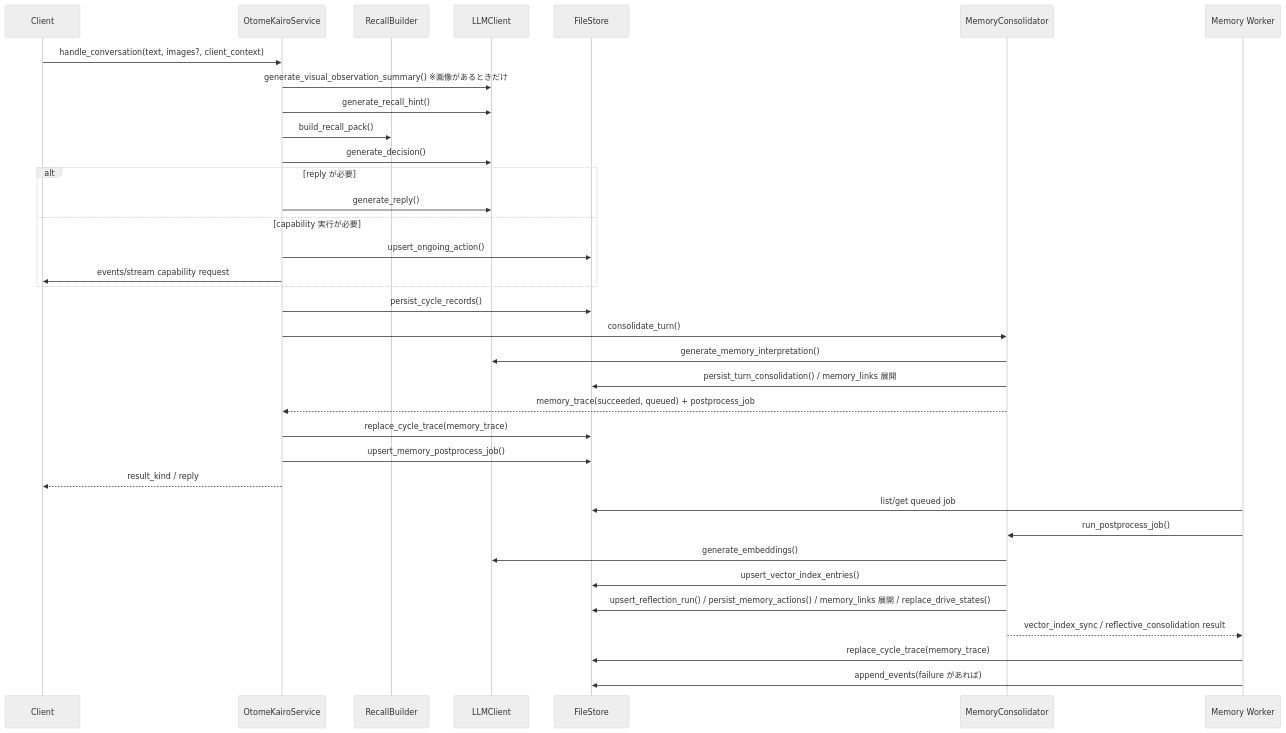
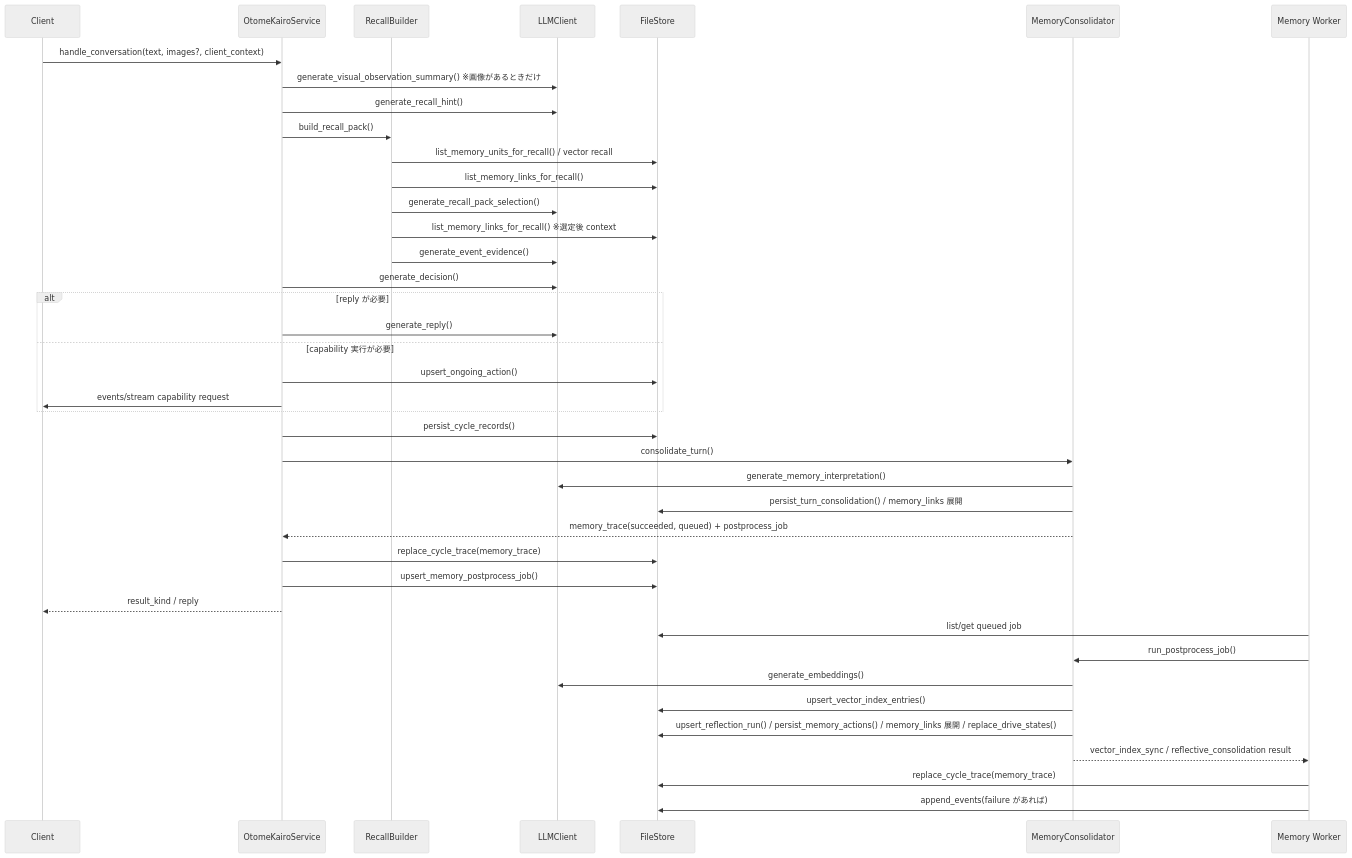
Before and after one commit to hirona98/OtomeKairo: the third of 3 diagrams in docs/plan/02_現行処理フロー.md, drawn with Mermaid (neutral theme). The commit also changed 13 other files, not shown here.

Commit message:
Use memory links in recall context

````diff
--- a/docs/plan/02_現行処理フロー.md
+++ b/docs/plan/02_現行処理フロー.md
@@ -97,39 +97,44 @@
 ```mermaid
 sequenceDiagram
     participant Client as Client
     participant Service as OtomeKairoService
     participant Recall as RecallBuilder
     participant LLM as LLMClient
     participant Store as FileStore
     participant Memory as MemoryConsolidator
     participant Worker as Memory Worker
 
     Client->>Service: handle_conversation(text, images?, client_context)
     Service->>LLM: generate_visual_observation_summary() ※画像があるときだけ
     Service->>LLM: generate_recall_hint()
     Service->>Recall: build_recall_pack()
+    Recall->>Store: list_memory_units_for_recall() / vector recall
+    Recall->>Store: list_memory_links_for_recall()
+    Recall->>LLM: generate_recall_pack_selection()
+    Recall->>Store: list_memory_links_for_recall() ※選定後 context
+    Recall->>LLM: generate_event_evidence()
     Service->>LLM: generate_decision()
     alt reply が必要
         Service->>LLM: generate_reply()
     else capability 実行が必要
         Service->>Store: upsert_ongoing_action()
         Service->>Client: events/stream capability request
     end
     Service->>Store: persist_cycle_records()
     Service->>Memory: consolidate_turn()
     Memory->>LLM: generate_memory_interpretation()
     Memory->>Store: persist_turn_consolidation() / memory_links 展開
     Memory-->>Service: memory_trace(succeeded, queued) + postprocess_job
     Service->>Store: replace_cycle_trace(memory_trace)
     Service->>Store: upsert_memory_postprocess_job()
     Service-->>Client: result_kind / reply
 
     Worker->>Store: list/get queued job
     Worker->>Memory: run_postprocess_job()
     Memory->>LLM: generate_embeddings()
     Memory->>Store: upsert_vector_index_entries()
     Memory->>Store: upsert_reflection_run() / persist_memory_actions() / memory_links 展開 / replace_drive_states()
     Memory-->>Worker: vector_index_sync / reflective_consolidation result
     Worker->>Store: replace_cycle_trace(memory_trace)
     Worker->>Store: append_events(failure があれば)
 ```
````
